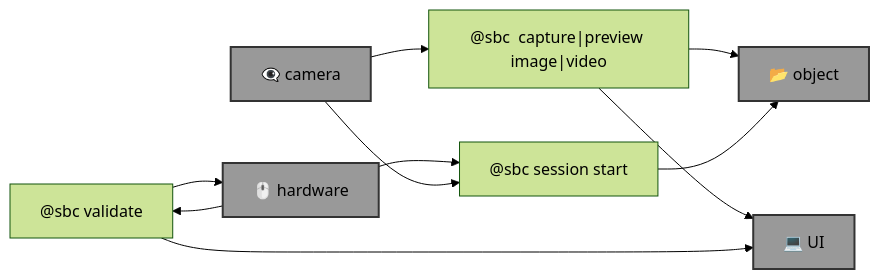
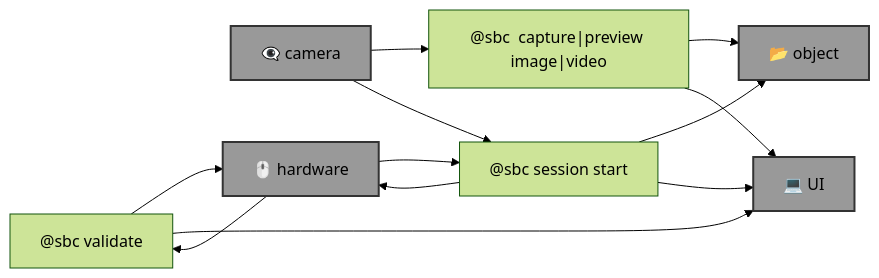
One commit to kamangir/eye changed the diagram in template.md. Above: the diagram before and after it, drawn with Mermaid (forest theme). The commit also changed 2 other files, not shown here.

Commit message:
++ - kamangir/bolt#746

````diff
--- a/template.md
+++ b/template.md
@@ -11,27 +11,29 @@
 ```mermaid
 graph LR
     camera["@sbc <camera> capture|preview image|video"]
 
     hardware_validate["@sbc <hardware> validate <options>"]
 
     session_start["@sbc session start"]
 
     object["📂 object"]:::folder
     camera_hardware["👁️‍🗨️ camera"]:::folder
     hardware["🖱️ hardware"]:::folder
     UI["💻 UI"]:::folder
 
     camera_hardware --> camera
     camera --> object
     camera --> UI
 
     hardware --> hardware_validate
     hardware_validate --> hardware
     hardware_validate --> UI
 
     hardware --> session_start
+    session_start --> hardware
     camera_hardware --> session_start
     session_start --> object
+    session_start --> UI
 
     classDef folder fill:#999,stroke:#333,stroke-width:2px;
 ```
````
